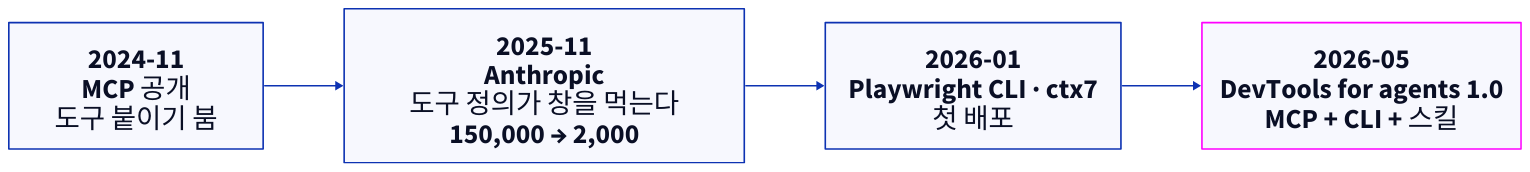
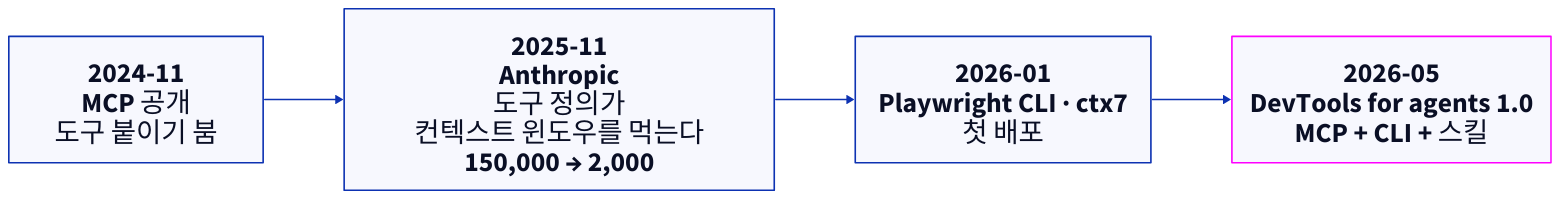
The diagram in kangnam-agentic/diagrams/src/p10-cli-timeline.d2 (TheMagicTower/korean-ai-dev-course), drawn with D2 before and after one commit. The commit also changed 51 other files, not shown here.

Commit message:
fix(kangnam-agentic): context window is '컨텍스트 윈도우', never '창'; CI diagram reads by step number (#33)

```diff
--- a/kangnam-agentic/diagrams/src/p10-cli-timeline.d2
+++ b/kangnam-agentic/diagrams/src/p10-cli-timeline.d2
@@ -1,11 +1,11 @@
 direction: right
 mcp: "2024-11\nMCP 공개\n도구 붙이기 붐"
-cost: "2025-11\nAnthropic\n도구 정의가 창을 먹는다\n150,000 → 2,000"
+cost: "2025-11\nAnthropic\n도구 정의가\n컨텍스트 윈도우를 먹는다\n150,000 → 2,000"
 cli: "2026-01\nPlaywright CLI · ctx7\n첫 배포"
 trio: "2026-05\nDevTools for agents 1.0\nMCP + CLI + 스킬" {
   style.stroke: "#ff00ff"
 }
 mcp -> cost -> cli -> trio
 
 **.style.font-size: 34
 (** -> **)[*].style.font-size: 26
```
